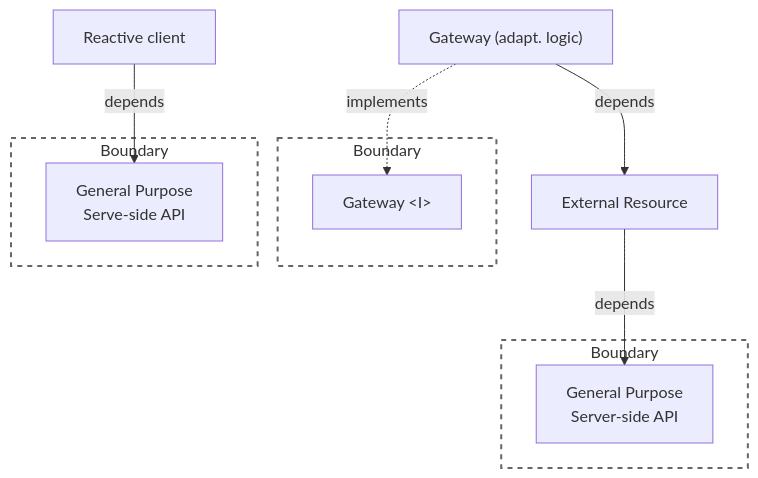
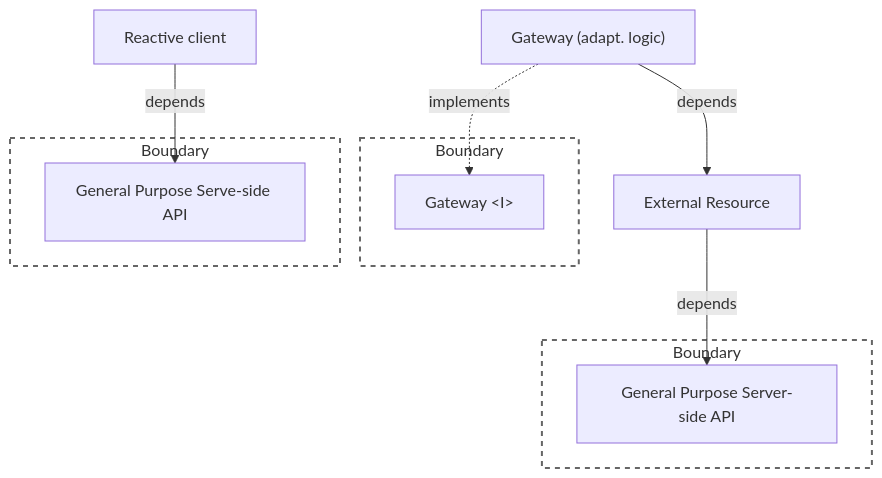
Before and after one commit to clean-reactive/documentation: diagram 15 of 16 in docs/architecture.md, drawn with Mermaid. The commit also changed other lines of this file, not shown here.

Commit message:
Architecture: fix mermaid <>

````diff
--- a/docs/architecture.md
+++ b/docs/architecture.md
@@ -984,31 +984,31 @@
 ```mermaid
 
 graph TD
 
 subgraph B1["Boundary"]
     GI["Gateway &lt;I&gt;"]
 end
     G["Gateway (adapt. logic)"]
     ER["External Resource"]
 
 subgraph B2["Boundary"]
-    GAPI["General Purpose<br>Server-side API"]
+    GAPI["General Purpose Server-side API"]
 end
 
     G -. implements .-> GI
     G -- depends --> ER
     ER -- depends --> GAPI
 
 %% high-level relations
-    RCC[Reactive client]
+    RCC["Reactive client"]
 
 subgraph B3["Boundary"]
-    CGAPI["General Purpose<br>Serve-side API"]
+    CGAPI["General Purpose Serve-side API"]
 end
 
     RCC -- depends --> CGAPI
 
 classDef boundary fill:none,stroke:#666,stroke-width:2px,stroke-dasharray: 5 5;
 class B1,B2,B3 boundary;
 
 ```
````
